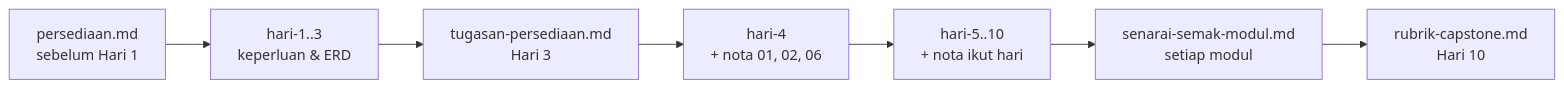
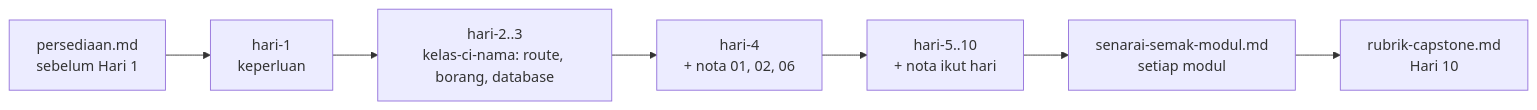
The diagram in docs/README.md (habibtalib/coach-codeigniter-10-hari-kkm-peserta), drawn with Mermaid before and after one commit. The commit also changed other lines of this file and 73 other files, not shown here.

Commit message:
Kemas kini: Hari 3 (database, migration, model, carian; kod rujukan) + Hari 4–10 kerja individu dalm kelas-ci-<nama>

````diff
--- a/docs/README.md
+++ b/docs/README.md
@@ -49,9 +51,9 @@
 ```mermaid
 flowchart LR
-    A[persediaan.md<br/>sebelum Hari 1] --> B[hari-1..3<br/>keperluan & ERD]
-    B --> C[tugasan-persediaan.md<br/>Hari 3]
+    A[persediaan.md<br/>sebelum Hari 1] --> B[hari-1<br/>keperluan]
+    B --> C[hari-2..3<br/>kelas-ci-nama: route, borang, database]
     C --> D[hari-4<br/>+ nota 01, 02, 06]
     D --> E[hari-5..10<br/>+ nota ikut hari]
     E --> F[senarai-semak-modul.md<br/>setiap modul]
     F --> G[rubrik-capstone.md<br/>Hari 10]
 ```
````
